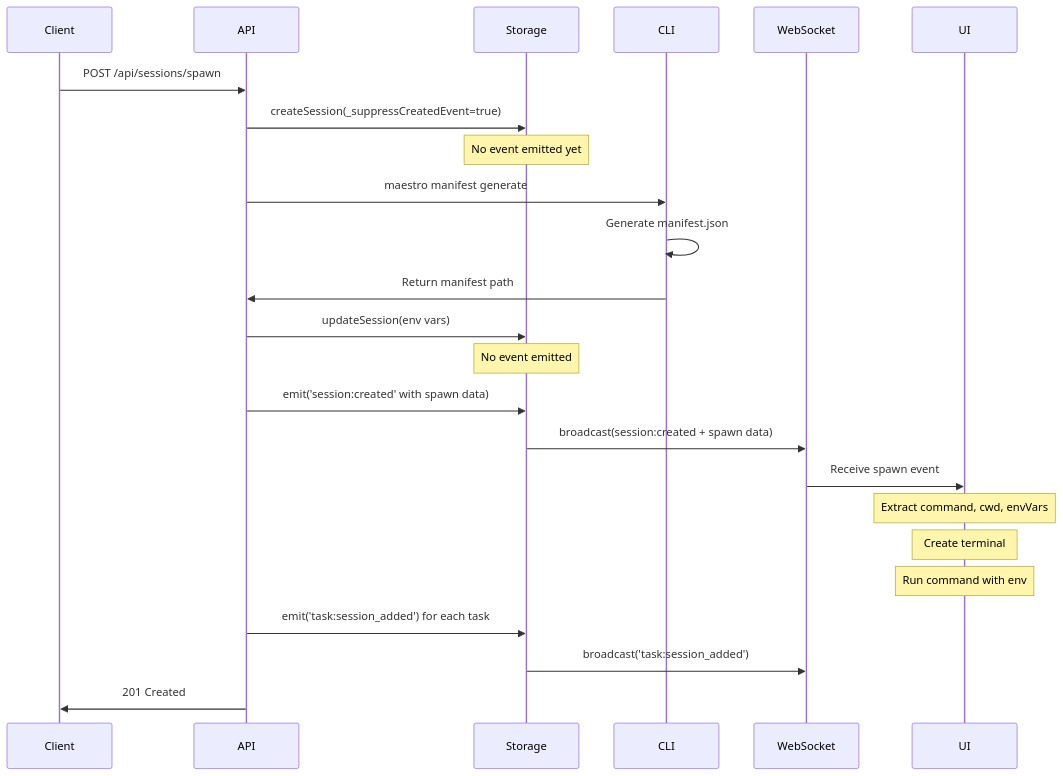
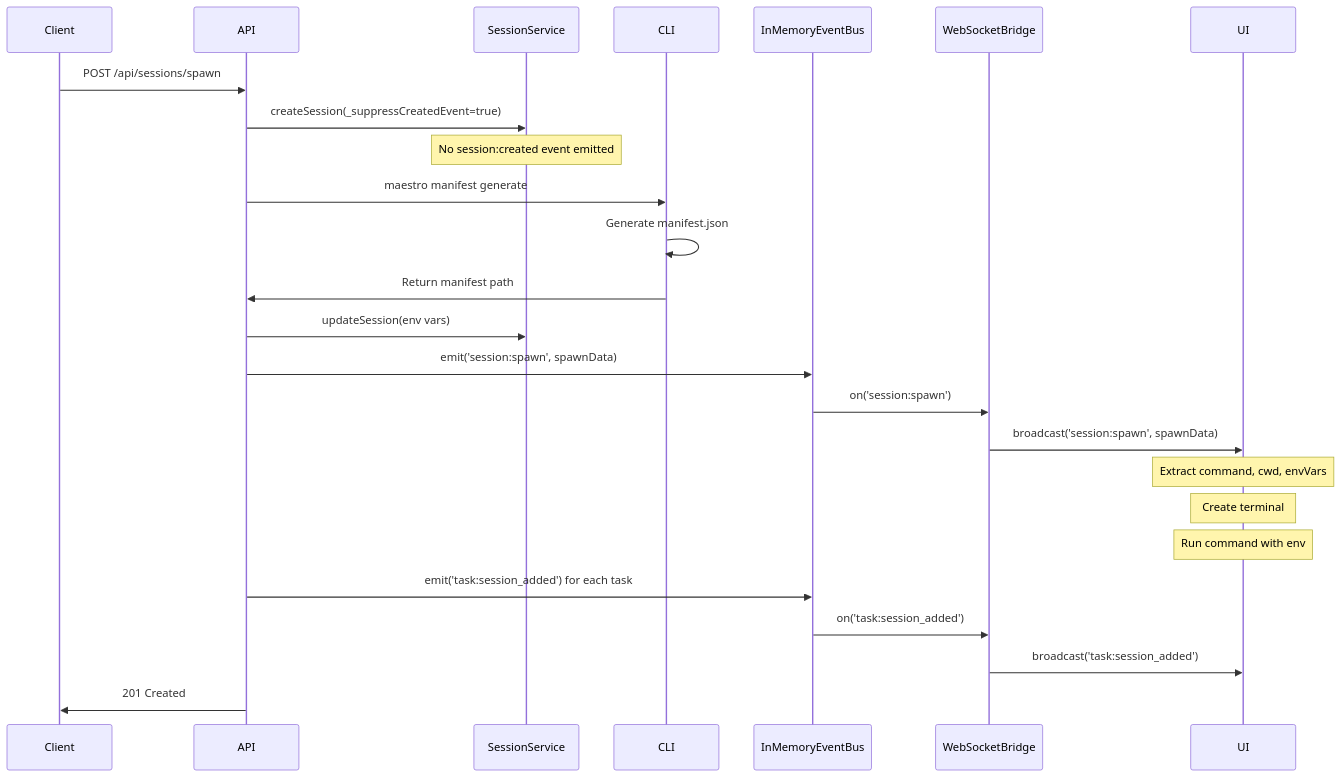
One commit to raghavared/agent-maestro changed the fourth of 4 diagrams in maestro-server/spec/04-WEBSOCKET-SPECIFICATION.md. Above: the diagram before and after it, drawn with Mermaid. The commit also changed other lines of this file and 37 other files, not shown here.

````diff
--- a/maestro-server/spec/04-WEBSOCKET-SPECIFICATION.md
+++ b/maestro-server/spec/04-WEBSOCKET-SPECIFICATION.md
@@ -779,33 +766,34 @@
 ```mermaid
 sequenceDiagram
     participant Client
     participant API
-    participant Storage
+    participant Service as SessionService
     participant CLI
-    participant WebSocket
+    participant EventBus as InMemoryEventBus
+    participant Bridge as WebSocketBridge
     participant UI
 
     Client->>API: POST /api/sessions/spawn
-    API->>Storage: createSession(_suppressCreatedEvent=true)
-    Note over Storage: No event emitted yet
+    API->>Service: createSession(_suppressCreatedEvent=true)
+    Note over Service: No session:created event emitted
 
     API->>CLI: maestro manifest generate
     CLI->>CLI: Generate manifest.json
     CLI->>API: Return manifest path
 
-    API->>Storage: updateSession(env vars)
-    Note over Storage: No event emitted
+    API->>Service: updateSession(env vars)
 
-    API->>Storage: emit('session:created' with spawn data)
-    Storage->>WebSocket: broadcast(session:created + spawn data)
-    WebSocket->>UI: Receive spawn event
+    API->>EventBus: emit('session:spawn', spawnData)
+    EventBus->>Bridge: on('session:spawn')
+    Bridge->>UI: broadcast('session:spawn', spawnData)
 
     Note over UI: Extract command, cwd, envVars
     Note over UI: Create terminal
     Note over UI: Run command with env
 
-    API->>Storage: emit('task:session_added') for each task
-    Storage->>WebSocket: broadcast('task:session_added')
+    API->>EventBus: emit('task:session_added') for each task
+    EventBus->>Bridge: on('task:session_added')
+    Bridge->>UI: broadcast('task:session_added')
 
     API->>Client: 201 Created
 ```
````
